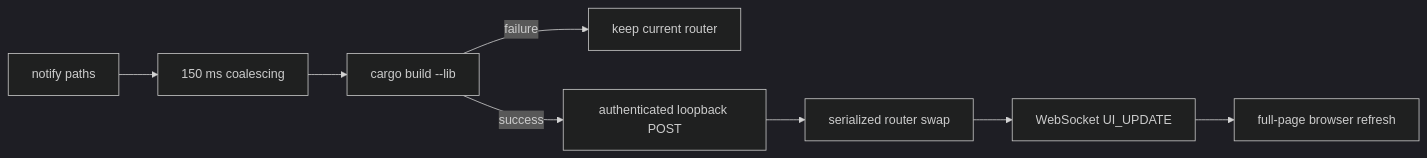
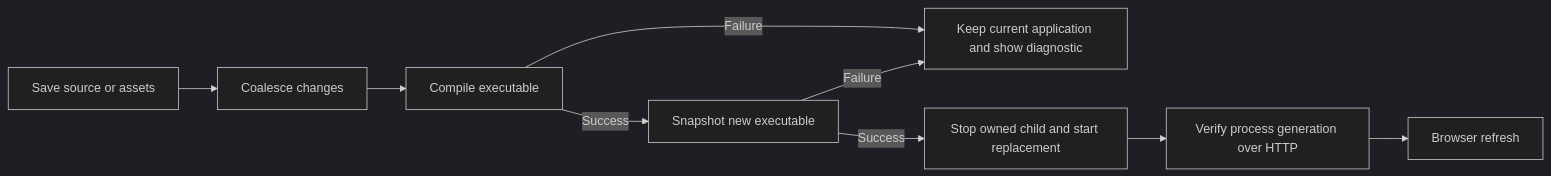
Before and after one commit to Rullst/Rullst: the diagram in docs/src/tutorials/51-authenticated-hot-reload.md, drawn with Mermaid (dark theme). The commit also changed other lines of this file and 155 other files, not shown here.

````diff
--- a/docs/src/tutorials/51-authenticated-hot-reload.md
+++ b/docs/src/tutorials/51-authenticated-hot-reload.md
@@ -34,10 +30,11 @@
 ```mermaid
 flowchart LR
-    A[notify paths] --> B[150 ms coalescing]
-    B --> C[cargo build --lib]
-    C -->|failure| D[keep current router]
-    C -->|success| E[authenticated loopback POST]
-    E --> F[serialized router swap]
-    F --> G[WebSocket UI_UPDATE]
-    G --> H[full-page browser refresh]
+    A[Save source or assets] --> B[Coalesce changes]
+    B --> C[Compile executable]
+    C -->|Failure| D[Keep current application and show diagnostic]
+    C -->|Success| E[Snapshot new executable]
+    E -->|Failure| D
+    E -->|Success| F[Stop owned child and start replacement]
+    F --> G[Verify process generation over HTTP]
+    G --> H[Browser refresh]
 ```
````
